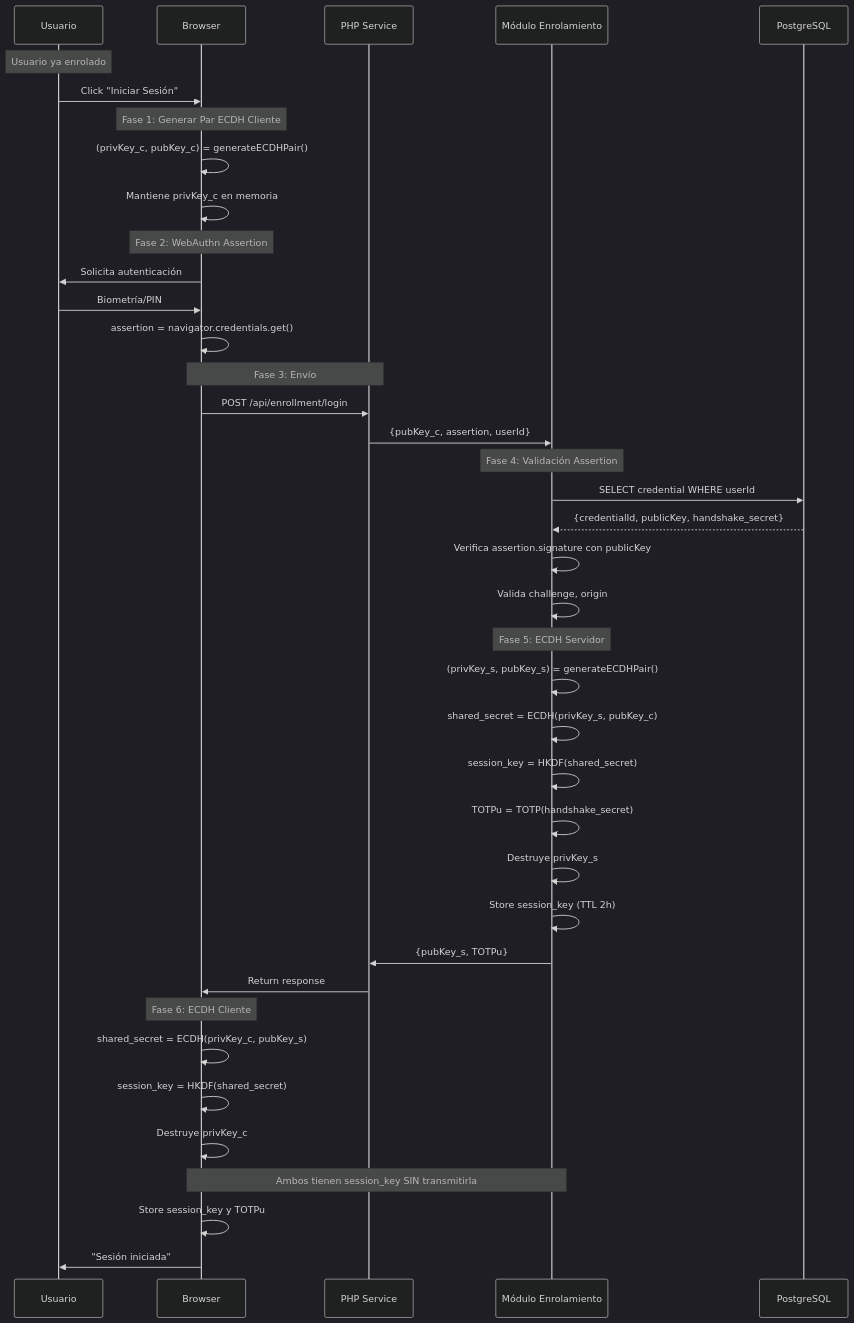
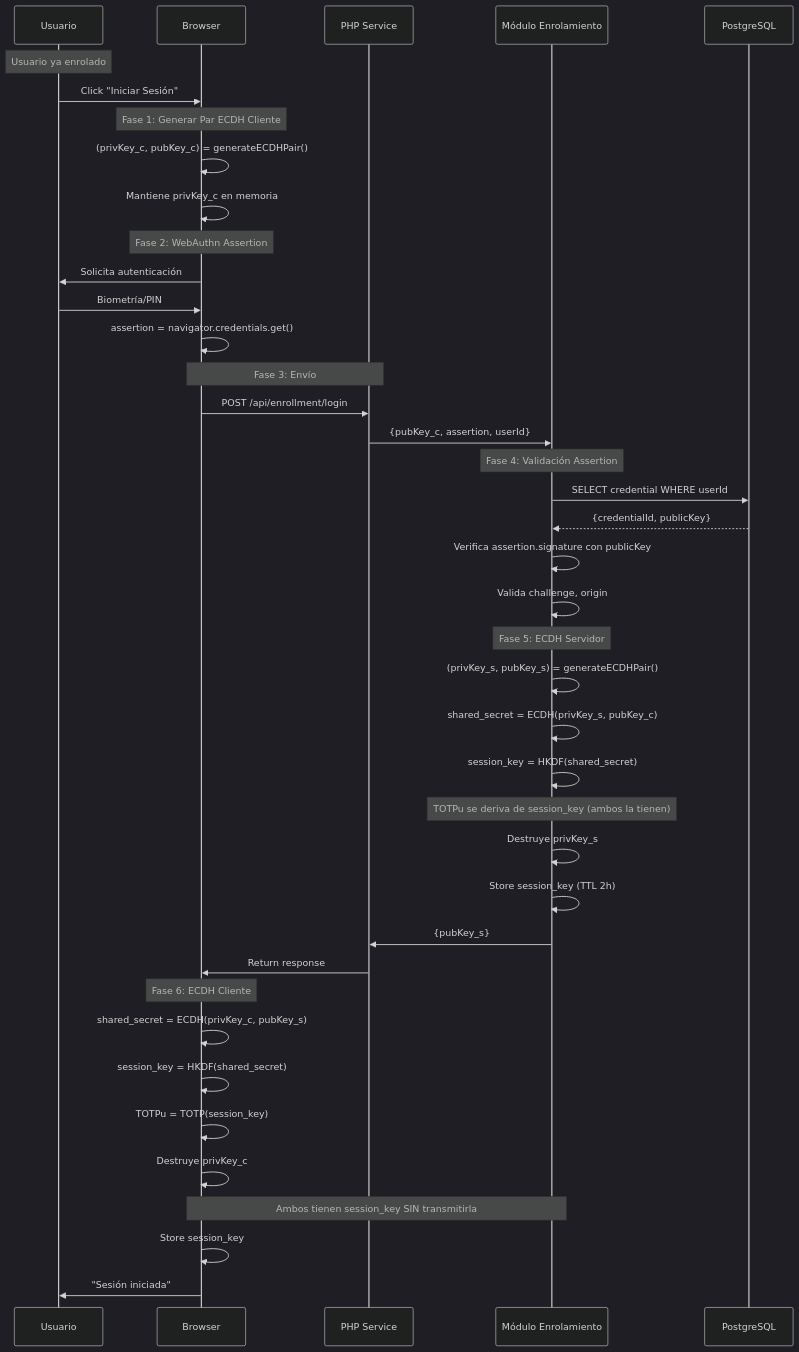
One commit to Ragnarsss/capstone-backend changed the second of 8 diagrams in documents/03-especificaciones-tecnicas/06-diagramas-secuencia.md. Above: the diagram before and after it, drawn with Mermaid (dark theme). The commit also changed other lines of this file and 4 other files, not shown here.

````diff
--- a/documents/03-especificaciones-tecnicas/06-diagramas-secuencia.md
+++ b/documents/03-especificaciones-tecnicas/06-diagramas-secuencia.md
@@ -76,51 +75,52 @@
 ```mermaid
 sequenceDiagram
     participant U as Usuario
     participant B as Browser
     participant P as PHP Service
     participant E as Módulo Enrolamiento
     participant DB as PostgreSQL
 
     Note over U: Usuario ya enrolado
     U->>B: Click "Iniciar Sesión"
     
     Note over B: Fase 1: Generar Par ECDH Cliente
     B->>B: (privKey_c, pubKey_c) = generateECDHPair()
     B->>B: Mantiene privKey_c en memoria
     
     Note over B: Fase 2: WebAuthn Assertion
     B->>U: Solicita autenticación
     U->>B: Biometría/PIN
     B->>B: assertion = navigator.credentials.get()
     
     Note over B,P: Fase 3: Envío
     B->>P: POST /api/enrollment/login
     P->>E: {pubKey_c, assertion, userId}
 
     Note over E: Fase 4: Validación Assertion
     E->>DB: SELECT credential WHERE userId
-    DB-->>E: {credentialId, publicKey, handshake_secret}
+    DB-->>E: {credentialId, publicKey}
     
     E->>E: Verifica assertion.signature con publicKey
     E->>E: Valida challenge, origin
     
     Note over E: Fase 5: ECDH Servidor
     E->>E: (privKey_s, pubKey_s) = generateECDHPair()
     E->>E: shared_secret = ECDH(privKey_s, pubKey_c)
     E->>E: session_key = HKDF(shared_secret)
-    E->>E: TOTPu = TOTP(handshake_secret)
+    Note over E: TOTPu se deriva de session_key (ambos la tienen)
     E->>E: Destruye privKey_s
     
     E->>E: Store session_key (TTL 2h)
-    E->>P: {pubKey_s, TOTPu}
+    E->>P: {pubKey_s}
     P->>B: Return response
 
     Note over B: Fase 6: ECDH Cliente
     B->>B: shared_secret = ECDH(privKey_c, pubKey_s)
     B->>B: session_key = HKDF(shared_secret)
+    B->>B: TOTPu = TOTP(session_key)
     B->>B: Destruye privKey_c
     
     Note over B,E: Ambos tienen session_key SIN transmitirla
-    B->>B: Store session_key y TOTPu
+    B->>B: Store session_key
     B->>U: "Sesión iniciada"
 ```
````
